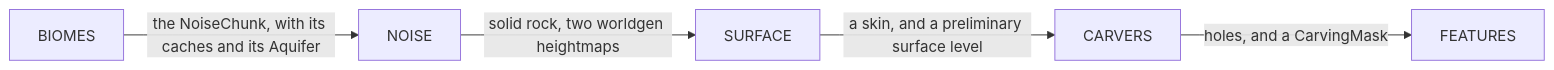
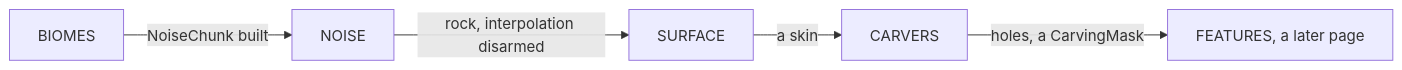
The first of 2 diagrams in src/systems/worldgen/terrain.md (AlexanderjFraser/MinecraftDocs), drawn with Mermaid before and after one commit. The commit also changed other lines of this file and 16 other files, not shown here.

First line of the commit message:
pass 7, session L — Part XII: a figure that contradicted its page's own hook, twice, and the caller's method at the callee in a tenth part of ten

````diff
--- a/src/systems/worldgen/terrain.md
+++ b/src/systems/worldgen/terrain.md
@@ -50,7 +50,7 @@
 ```mermaid
 flowchart LR
-    BIO["BIOMES"] -- "the NoiseChunk, with its caches and its Aquifer" --> NOI["NOISE"]
-    NOI -- "solid rock, two worldgen heightmaps" --> SUR["SURFACE"]
-    SUR -- "a skin, and a preliminary surface level" --> CAR["CARVERS"]
-    CAR -- "holes, and a CarvingMask" --> FEA["FEATURES"]
+    BIO["BIOMES"] -- "NoiseChunk built" --> NOI["NOISE"]
+    NOI -- "rock, interpolation disarmed" --> SUR["SURFACE"]
+    SUR -- "a skin" --> CAR["CARVERS"]
+    CAR -- "holes, a CarvingMask" --> FEA["FEATURES, a later page"]
 ```
````
